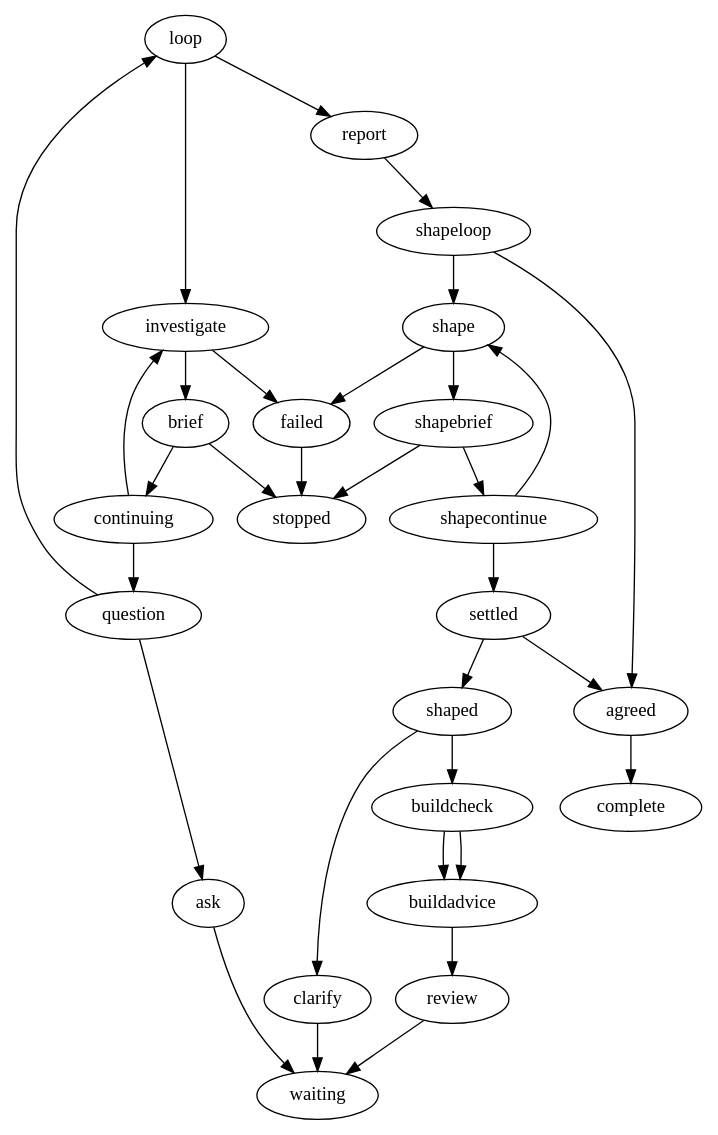
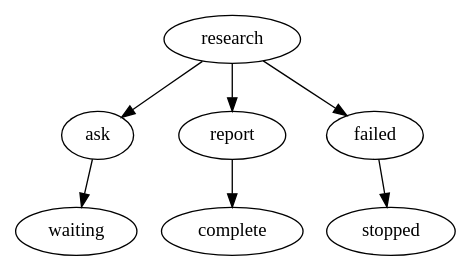
Before and after one commit to marioatcloudvane/litefactory: the diagram in teams/python-fastapi/v1.0.0/research/research.dot, drawn with Graphviz. The commit also changed 124 other files, not shown here.

```diff
--- a/teams/python-fastapi/v1.0.0/research/research.dot
+++ b/teams/python-fastapi/v1.0.0/research/research.dot
@@ -1,87 +1,28 @@
-// Research runs in two owner-authorized stages, each with one reasoning role.
+// Research is one agent. It investigates the owner's request, shapes a scope it
+// would defend, writes RESEARCH_BRIEF.md in its session directory and reports.
+// All of that lives in the role's Markdown. The factory only posts and waits.
 //
-// Clarification is an introduction: one pass, publish, hand on. Shaping is
-// where the work happens, so it cannot advance on its own — the only edge into
-// its final publication needs "approved", which the factory follows when an authenticated
-// owner replies done to the current review, without another agent invocation. Everything else loops back for another pass.
-//
-// One run advances one stage. Publishing the report parks the instance, and a
-// graph dispatch carries it into the run that continues it. Limits persist
-// across replies, and every loop, branch and comment names the agent whose
-// response it reads, so a later stage bootstraps from its own default instead
-// of inheriting the previous one's. The ask default initializes only the first
-// evaluation of each stage.
-//
-// Before a shaped draft goes to the owner for review, a builder check judges
-// the saved result and publishes its advice as a short comment just above the
-// draft it checked (lf_format="brief": a plain first sentence and one line per point). It is
-// advisory: it cannot decide, ask or approve, and success and failure both
-// continue to the same review. Shaping folds its points into the next pass.
+// The agent's result names its own response (lf_response="result"): "ask",
+// "done" or "failed". A question is posted and the instance waits for the
+// owner, whose reply resumes this same agent with its saved result as context.
+// A finished result posts the agent's final report. There is no approval step:
+// `/plan` is the owner's real gate, and a later comment starts the next Research
+// from this one. A failed attempt posts why and stops.
 digraph research {
- graph [team="python-fastapi", mode="research", profile_version="1", start="loop"];
+ graph [team="python-fastapi", mode="research", profile_version="2", start="research"];
 
- // ---- Stage 1: clarification -------------------------------------------
- loop        [lf_action="lf_loop",    lf_outcomes="true,false", lf_field="response", lf_condition="ask", lf_default="ask", lf_limit="8", lf_source="investigate"];
- continuing [lf_action="lf_if", lf_outcomes="true,false", lf_field="response", lf_condition="continue", lf_limit="8", lf_source="investigate"];
- brief [lf_action="lf_research_brief", lf_outcomes="success,failed", lf_source="investigate", lf_limit="8"];
- investigate [lf_action="lf_agent",   lf_outcomes="success,failed", lf_agent_markdown="research", lf_skills="research-evidence,research-mode-feature,research-mode-change,research-mode-bug,research-mode-refactor,research-mode-integration,research-mode-operations,research-mode-agent-guidance", lf_limit="8"];
- question    [lf_action="lf_if",      lf_outcomes="true,false", lf_field="response", lf_condition="ask", lf_limit="8", lf_source="investigate"];
- ask         [lf_action="lf_ask", lf_outcomes="published", lf_kind="question", lf_limit="8", lf_source="investigate"];
- report      [lf_action="lf_comment", lf_outcomes="published", lf_kind="final",    lf_limit="1", lf_source="investigate"];
+ research [lf_action="lf_agent", lf_agent_markdown="research", lf_skills="research-evidence,research-mode-feature,research-mode-change,research-mode-bug,research-mode-refactor,research-mode-integration,research-mode-operations,research-mode-agent-guidance", lf_response="result", lf_outcomes="ask,done,failed", lf_limit="8"];
+ ask      [lf_action="lf_ask", lf_kind="question", lf_outcomes="published", lf_source="research", lf_limit="8"];
+ report   [lf_action="lf_comment", lf_kind="final", lf_outcomes="published", lf_source="research", lf_limit="8"];
+ failed   [lf_action="lf_comment", lf_kind="failure", lf_outcomes="published", lf_limit="8"];
+ waiting  [lf_terminal="true"];
+ complete [lf_terminal="true"];
+ stopped  [lf_terminal="true"];
 
- // ---- Stage 2: shaping ---------------------------------------------------
- shapeloop   [lf_action="lf_loop",    lf_outcomes="true,false", lf_field="response", lf_condition="ask", lf_default="ask", lf_limit="8", lf_source="shape"];
- shapecontinue [lf_action="lf_if", lf_outcomes="true,false", lf_field="response", lf_condition="continue", lf_limit="8", lf_source="shape"];
- shapebrief [lf_action="lf_research_brief", lf_outcomes="success,failed", lf_source="shape", lf_limit="8"];
- shape       [lf_action="lf_agent",   lf_outcomes="success,failed", lf_agent_markdown="shaping", lf_skills="research-evidence,research-mode-feature,research-mode-change,research-mode-bug,research-mode-refactor,research-mode-integration,research-mode-operations,research-mode-agent-guidance", lf_limit="8"];
- settled     [lf_action="lf_if",      lf_outcomes="true,false", lf_field="response", lf_condition="approved", lf_limit="8", lf_source="shape"];
- shaped      [lf_action="lf_if",      lf_outcomes="true,false", lf_field="response", lf_condition="ask", lf_limit="8", lf_source="shape"];
- clarify     [lf_action="lf_ask", lf_outcomes="published", lf_kind="question", lf_limit="8", lf_source="shape"];
- review      [lf_action="lf_ask", lf_outcomes="published", lf_kind="review",   lf_limit="8", lf_source="shape"];
- agreed      [lf_action="lf_comment", lf_outcomes="published", lf_kind="final",    lf_limit="1", lf_source="shape"];
- buildcheck  [lf_action="lf_judge", lf_outcomes="success,failed", lf_source="shape", lf_agent="codex", lf_limit="8", lf_focus="Builder check of the shaping draft the owner sees right after this comment. Read only the pinned saved shaping result (the source of its brief), not the discussion. You will plan from this alone. Raise only points whose answer would change what gets built. Check that every O- outcome is clear and testable, that N-/K- boundaries are explicit, that the impact analysis names what is touched, who depends on it and what must be retired or migrated, and that S-01 mode and size fit the request. Start each finding title with who settles it: 'Owner's:' (only the owner can decide what gets built; ask it as a plain question), 'Agent's call:' (Shaping may decide; the correction says what to assume) or 'Already answered:' (the brief should say it more clearly). Owner's points first. Summary: open with one plain first sentence, no label, that says whether the draft is buildable and how many points need the owner (say none when none), then say that Shaping folds the rest into its next pass. Owner language only: no factory terms such as captures, nodes, validation or saved results. One short sentence each for concern, impact and correction. Advisory only."];
- buildadvice [lf_action="lf_comment", lf_outcomes="published", lf_kind="advisory", lf_format="brief", lf_limit="8", lf_source="buildcheck"];
-
- // ---- Failure and terminals ----------------------------------------------
- failed      [lf_action="lf_comment", lf_outcomes="published", lf_kind="failure",  lf_limit="1"];
- waiting     [lf_terminal="true"];
- complete    [lf_terminal="true"];
- stopped     [lf_terminal="true"];
-
- // Stage 1: investigate until the request is clear, then report and hand on.
- loop        -> investigate [lf_on="true"];
- loop        -> report      [lf_on="false"];
- investigate -> brief       [lf_on="success"];
- brief -> continuing [lf_on="success"];
- continuing -> investigate [lf_on="true"];
- continuing -> question [lf_on="false"];
- brief -> stopped [lf_on="failed"];
- question    -> ask         [lf_on="true"];    // needs an answer
- question    -> loop        [lf_on="false"];   // nothing to ask; report
- ask         -> waiting     [lf_on="published"];
- report      -> shapeloop   [lf_on="published"];  // hands over; does not end
-
- // Stage 2: shape, show the owner, and advance only once they approve.
- shapeloop   -> shape       [lf_on="true"];
- shapeloop   -> agreed      [lf_on="false"];
- shape       -> shapebrief  [lf_on="success"];
- shapebrief -> shapecontinue [lf_on="success"];
- shapecontinue -> shape [lf_on="true"];
- shapecontinue -> settled [lf_on="false"];
- shapebrief -> stopped [lf_on="failed"];
- settled     -> agreed      [lf_on="true"];    // the owner approved
- settled     -> shaped      [lf_on="false"];
- shaped      -> clarify     [lf_on="true"];    // needs an answer
- shaped      -> buildcheck  [lf_on="false"];   // has a draft; builder check first
- buildcheck  -> buildadvice [lf_on="success"];
- buildcheck  -> buildadvice [lf_on="failed"];  // advisory: a failed check is published, not fatal
- buildadvice -> review      [lf_on="published"]; // then asks if it stands
- clarify     -> waiting     [lf_on="published"];
- review      -> waiting     [lf_on="published"];
- agreed      -> complete    [lf_on="published"];
-
- // A failed stage reports why and stops; nothing retries on its own.
- investigate -> failed      [lf_on="failed"];
- shape       -> failed      [lf_on="failed"];
- failed      -> stopped     [lf_on="published"];
+ research -> ask    [lf_on="ask"];
+ research -> report [lf_on="done"];
+ research -> failed [lf_on="failed"];
+ ask      -> waiting  [lf_on="published"];
+ report   -> complete [lf_on="published"];
+ failed   -> stopped  [lf_on="published"];
 }
```
